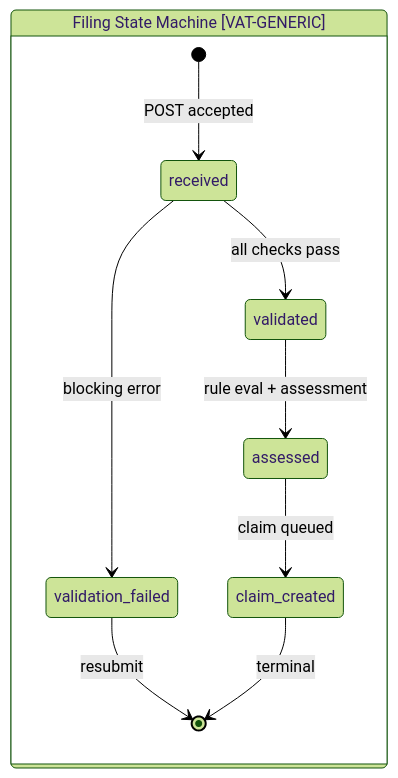
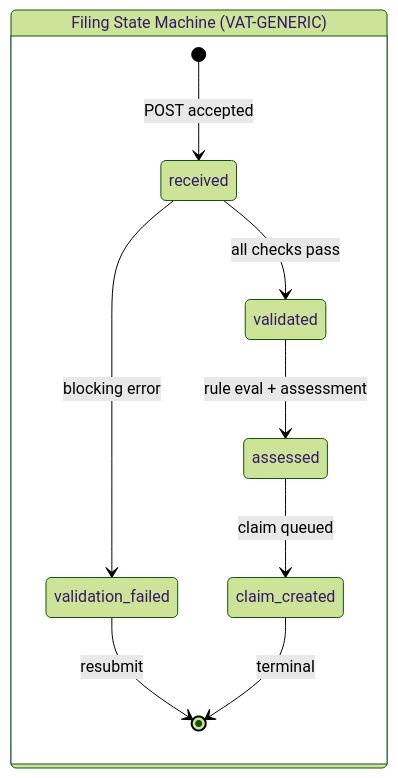
One commit to nc-tbi/VATRI-Codex changed diagram 11 of 14 in design/01-vat-filing-assessment-solution-design.md. Above: the diagram before and after it, drawn with Mermaid (forest theme). The commit also changed other lines of this file and 14 other files, not shown here.

Commit message:
Harden Mermaid and rebuild formal drawio architecture diagrams

````diff
--- a/design/01-vat-filing-assessment-solution-design.md
+++ b/design/01-vat-filing-assessment-solution-design.md
@@ -500,12 +506,12 @@
 ```mermaid
 stateDiagram-v2
-    state "Filing State Machine [VAT-GENERIC]" as FSM {
+    state "Filing State Machine (VAT-GENERIC)" as FSM {
         [*] --> received : POST accepted
         received --> validation_failed : blocking error
         received --> validated : all checks pass
         validated --> assessed : rule eval + assessment
         assessed --> claim_created : claim queued
         validation_failed --> [*] : resubmit
         claim_created --> [*] : terminal
     }
 ```
````
